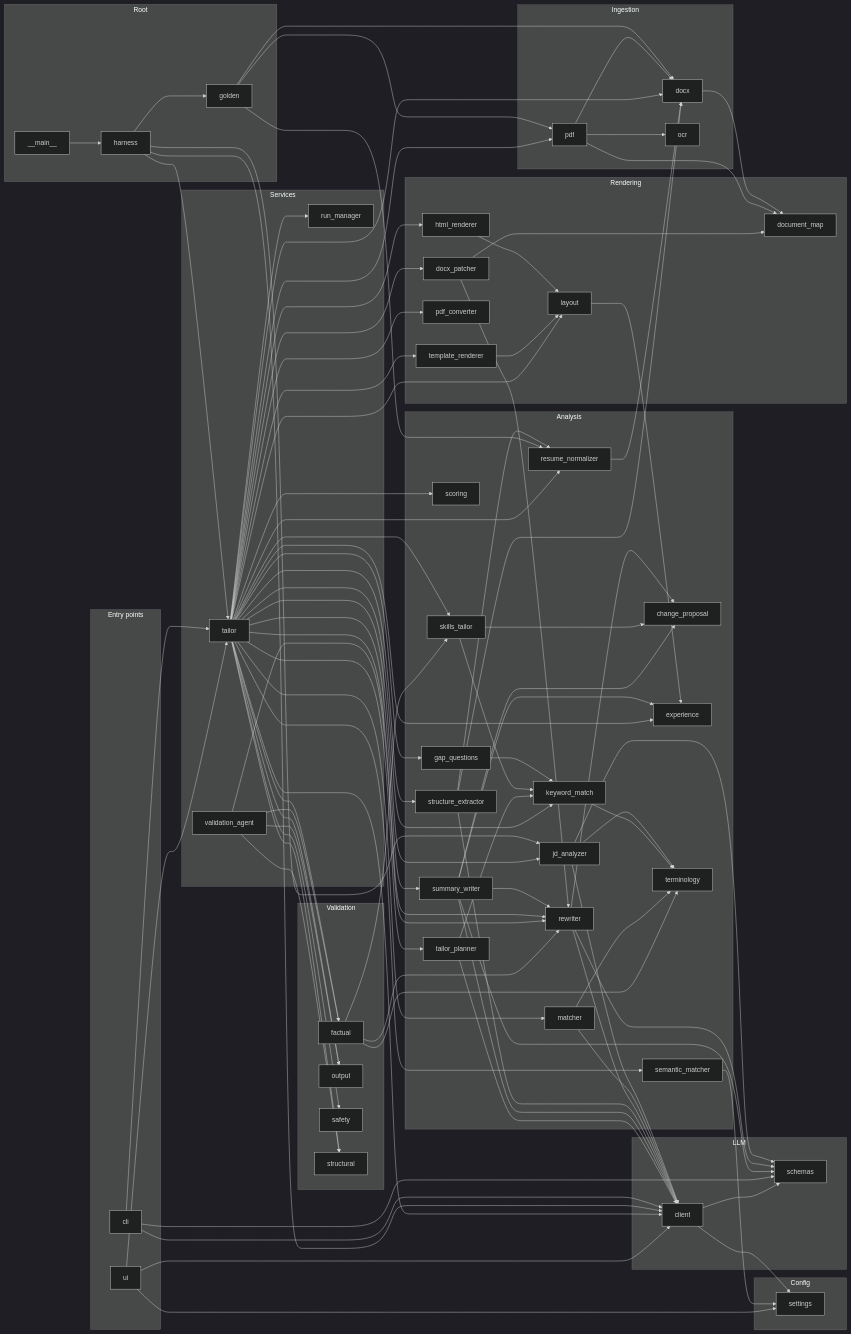
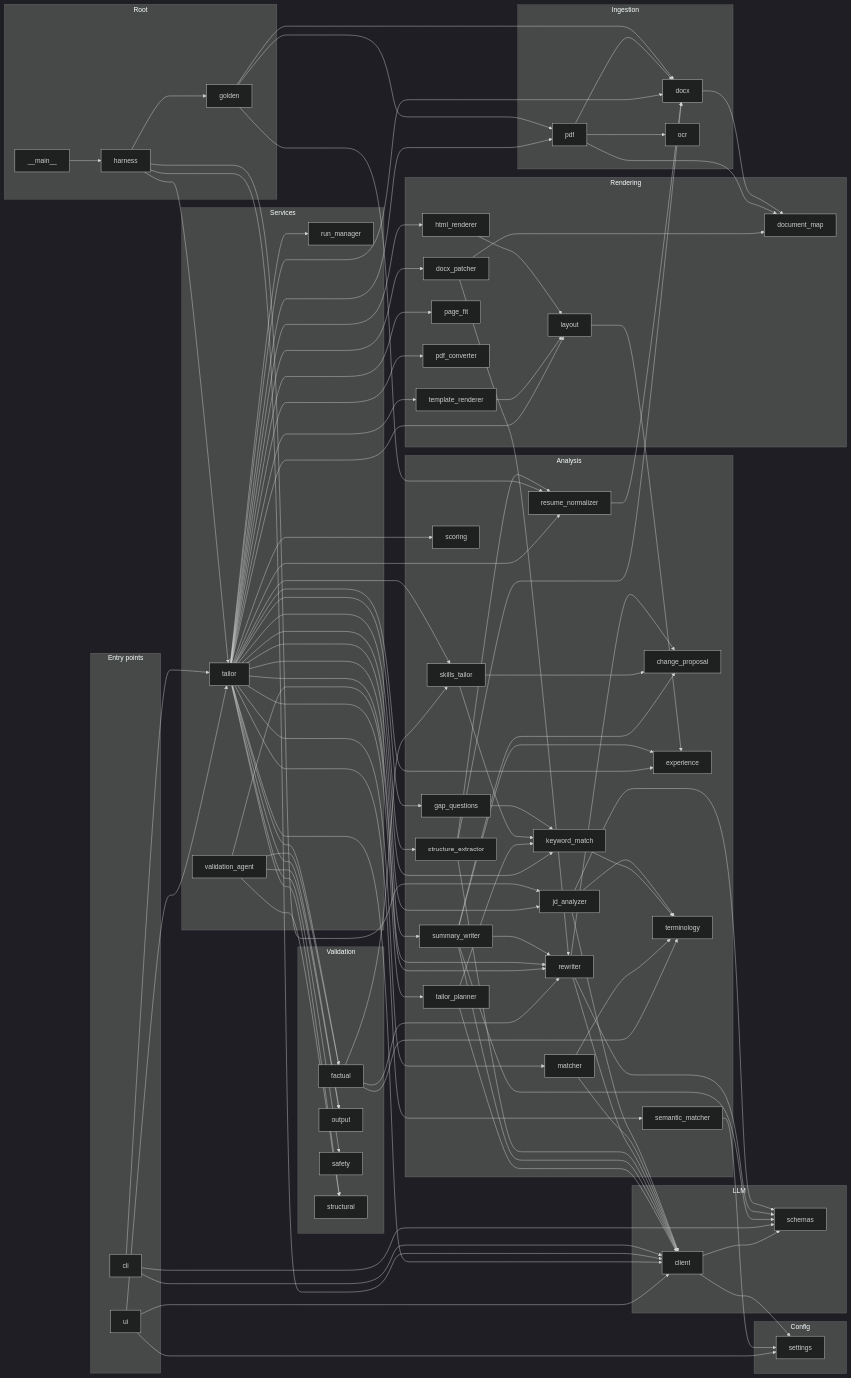
One commit to alwayss-snape/Resume-optimizer changed the diagram in docs/KNOWLEDGE_GRAPH.md. Above: the diagram before and after it, drawn with Mermaid (dark theme). The commit also changed other lines of this file and 10 other files, not shown here.

First line of the commit message:
P2.4: Page-fit loop trims the least relevant content to the page target

```diff
--- a/docs/KNOWLEDGE_GRAPH.md
+++ b/docs/KNOWLEDGE_GRAPH.md
@@ -899,6 +925,7 @@
     rendering_docx_patcher[docx_patcher]
     rendering_html_renderer[html_renderer]
     rendering_layout[layout]
+    rendering_page_fit[page_fit]
     rendering_pdf_converter[pdf_converter]
     rendering_template_renderer[template_renderer]
   end
@@ -983,6 +1010,7 @@
   services_tailor --> rendering_docx_patcher
   services_tailor --> rendering_html_renderer
   services_tailor --> rendering_layout
+  services_tailor --> rendering_page_fit
   services_tailor --> rendering_pdf_converter
   services_tailor --> rendering_template_renderer
   services_tailor --> services_run_manager
```
